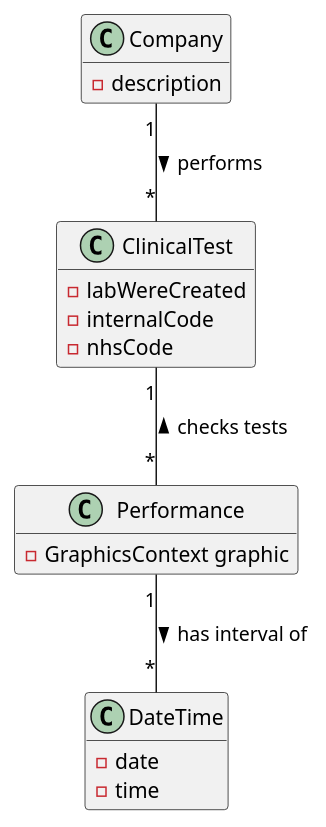
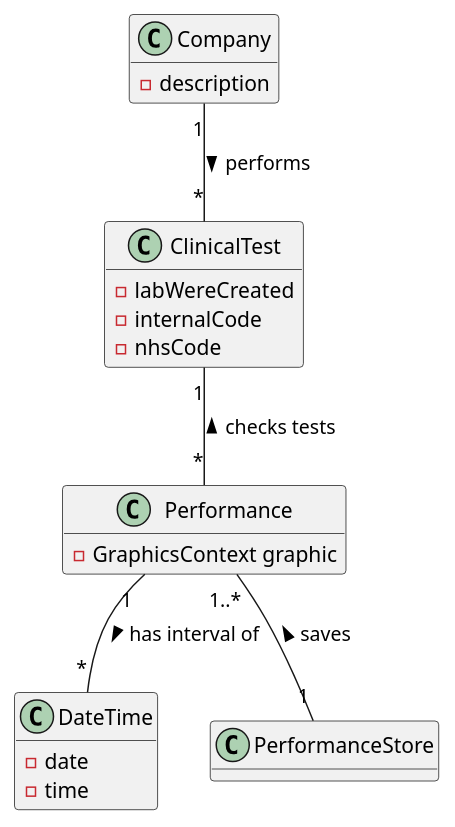
Before and after one commit to GuilhermeCunha79/lapr2: the diagram in docs/SprintD/US16/US16_MD.puml, drawn with PlantUML. The commit also changed 5 other files, not shown here.

```diff
--- a/docs/SprintD/US16/US16_MD.puml
+++ b/docs/SprintD/US16/US16_MD.puml
@@ -1,29 +1,34 @@
 @startuml
 hide methods
 
 class Company {
     -description
 }
 
 class ClinicalTest {
     -labWereCreated
     -internalCode
     -nhsCode
 }
 
 class Performance {
     -GraphicsContext graphic
 }
 
 class DateTime {
     -date
     -time
 }
 
+class PerformanceStore {
+
+}
+
 
 Company"1" -- "*"ClinicalTest : > performs
 ClinicalTest"1" -- "*"Performance : < checks tests
+Performance"1..*" -- "1"PerformanceStore : < saves
 Performance"1" -- "*"DateTime : > has interval of
 
 
 @enduml
```
